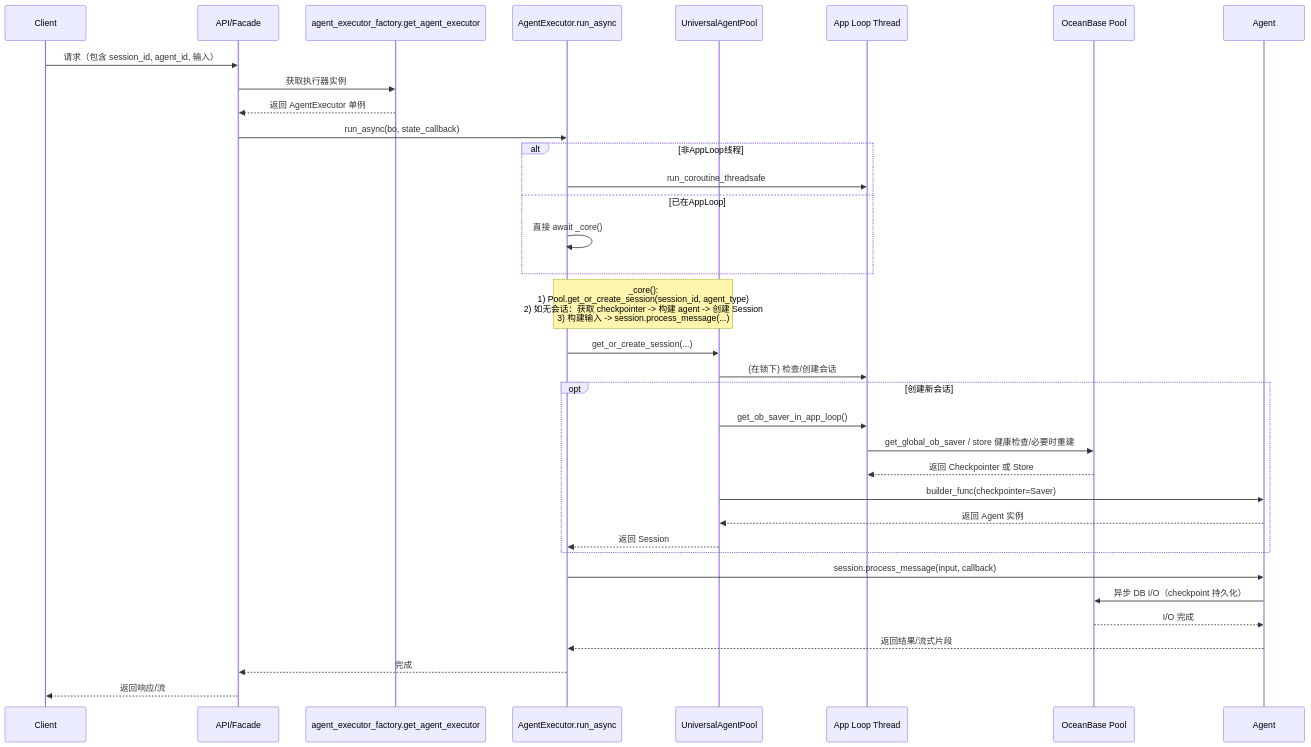
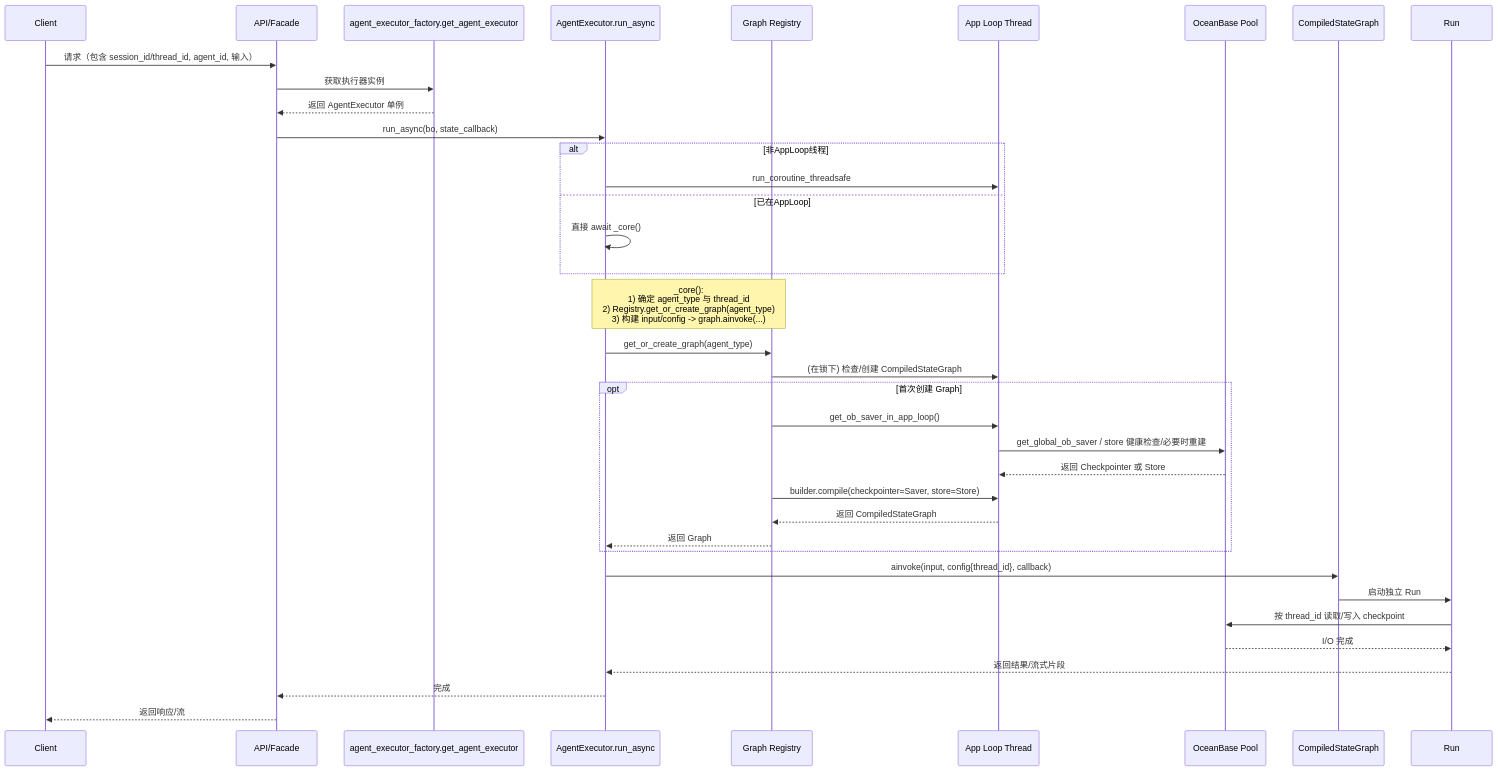
The fourth of 4 diagrams in content/program/practices/如何打造可靠的Agent系统.md (istarwyh/xiaohui), drawn with Mermaid before and after one commit. The commit also changed other lines of this file, not shown here.

Commit message:
修正 Agent Runtime 状态模型

````diff
--- a/content/program/practices/如何打造可靠的Agent系统.md
+++ b/content/program/practices/如何打造可靠的Agent系统.md
@@ -217,45 +308,47 @@
 ```mermaid
 sequenceDiagram
     participant Client
     participant API as API/Facade
     participant Factory as agent_executor_factory.get_agent_executor
     participant Exec as AgentExecutor.run_async
-    participant Pool as UniversalAgentPool
+    participant Registry as Graph Registry
     participant AppLoop as App Loop Thread
     participant OB as OceanBase Pool
-    participant Agent as Agent
+    participant Graph as CompiledStateGraph
+    participant Run as Run
 
-    Client->>API: 请求（包含 session_id, agent_id, 输入）
+    Client->>API: 请求（包含 session_id/thread_id, agent_id, 输入）
     API->>Factory: 获取执行器实例
     Factory-->>API: 返回 AgentExecutor 单例
     API->>Exec: run_async(bo, state_callback)
 
     alt 非AppLoop线程
         Exec->>AppLoop: run_coroutine_threadsafe
     else 已在AppLoop
         Exec->>Exec: 直接 await _core()
     end
 
-    Note over Exec,Pool: _core():<br/>1) Pool.get_or_create_session(session_id, agent_type)<br/>2) 如无会话：获取 checkpointer -> 构建 agent -> 创建 Session<br/>3) 构建输入 -> session.process_message(...)
+    Note over Exec,Registry: _core():<br/>1) 确定 agent_type 与 thread_id<br/>2) Registry.get_or_create_graph(agent_type)<br/>3) 构建 input/config -> graph.ainvoke(...)
 
-    Exec->>Pool: get_or_create_session(...)
-    Pool->>AppLoop: (在锁下) 检查/创建会话
+    Exec->>Registry: get_or_create_graph(agent_type)
+    Registry->>AppLoop: (在锁下) 检查/创建 CompiledStateGraph
 
-    opt 创建新会话
-        Pool->>AppLoop: get_ob_saver_in_app_loop()
+    opt 首次创建 Graph
+        Registry->>AppLoop: get_ob_saver_in_app_loop()
         AppLoop->>OB: get_global_ob_saver / store 健康检查/必要时重建
         OB-->>AppLoop: 返回 Checkpointer 或 Store
-        Pool->>Agent: builder_func(checkpointer=Saver)
-        Agent-->>Pool: 返回 Agent 实例
-        Pool-->>Exec: 返回 Session
+        Registry->>AppLoop: builder.compile(checkpointer=Saver, store=Store)
+        AppLoop-->>Registry: 返回 CompiledStateGraph
+        Registry-->>Exec: 返回 Graph
     end
 
-    Exec->>Agent: session.process_message(input, callback)
-    Agent->>OB: 异步 DB I/O（checkpoint 持久化）
-    OB-->>Agent: I/O 完成
-    Agent-->>Exec: 返回结果/流式片段
+    Exec->>Graph: ainvoke(input, config{thread_id}, callback)
+    Graph->>Run: 启动独立 Run
+    Run->>OB: 按 thread_id 读取/写入 checkpoint
+    OB-->>Run: I/O 完成
+    Run-->>Exec: 返回结果/流式片段
     Exec-->>API: 完成
     API-->>Client: 返回响应/流
 
 
 ```
````
